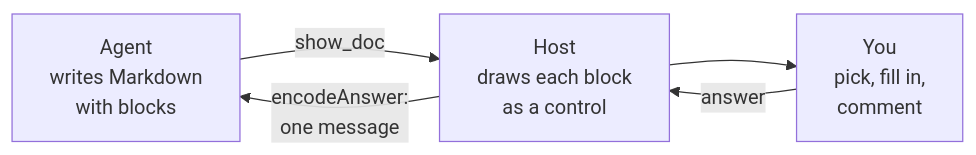
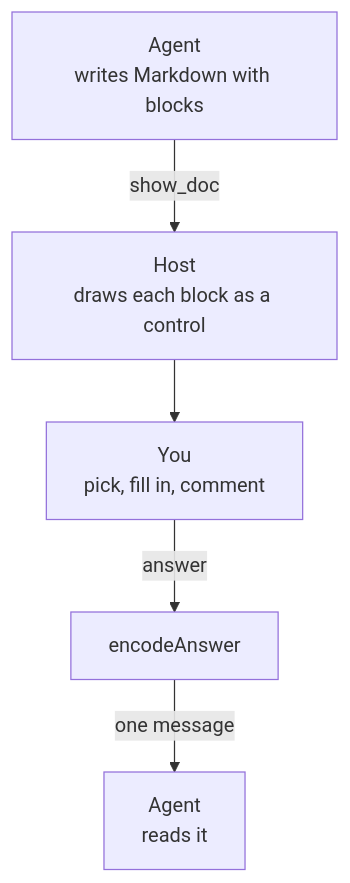
The first of 2 diagrams in site/src/content/docs/guide/concepts.md (wayne930242/pi-better-show), drawn with Mermaid before and after one commit. The commit also changed 3 other files, not shown here.

Commit message:
docs(site): redraw the round-trip diagram without a cycle, keep a first-column name whole

````diff
--- a/site/src/content/docs/guide/concepts.md
+++ b/site/src/content/docs/guide/concepts.md
@@ -16,7 +16,7 @@
 ```mermaid
-flowchart LR
-  agent["Agent<br/>writes Markdown<br/>with blocks"] -->|"show_doc"| host["Host<br/>draws each block<br/>as a control"]
-  host --> reader["You<br/>pick, fill in,<br/>comment"]
-  reader -->|"answer"| host
-  host -->|"encodeAnswer:<br/>one message"| agent
+flowchart TD
+  agent["Agent<br/>writes Markdown with blocks"] -->|"show_doc"| host["Host<br/>draws each block as a control"]
+  host --> reader["You<br/>pick, fill in, comment"]
+  reader -->|"answer"| enc["encodeAnswer"]
+  enc -->|"one message"| back["Agent<br/>reads it"]
 ```
````
